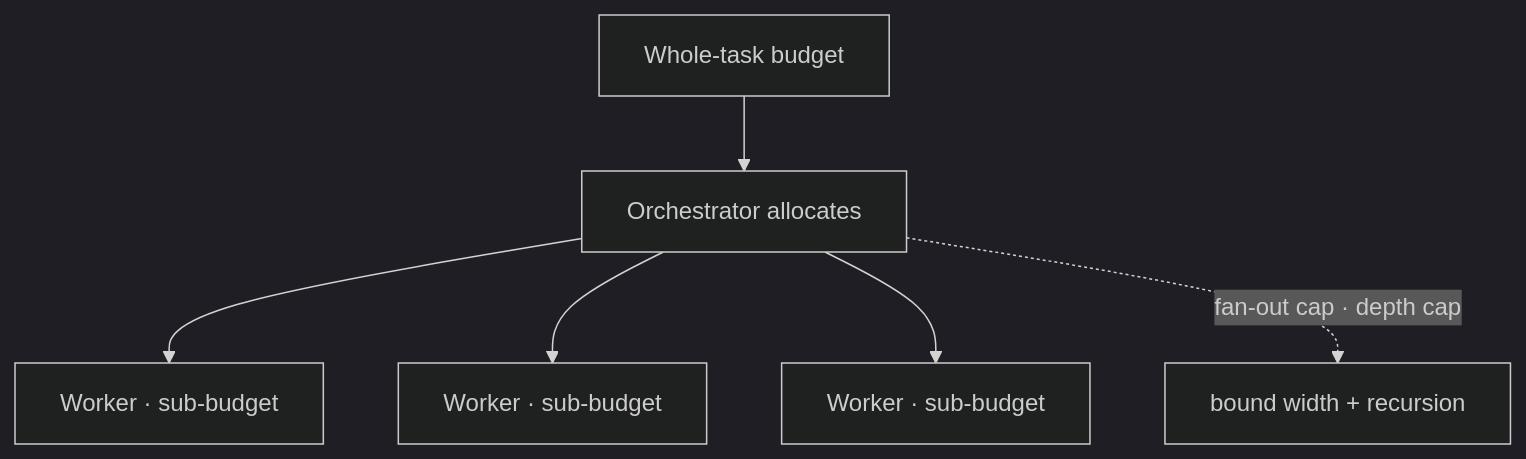
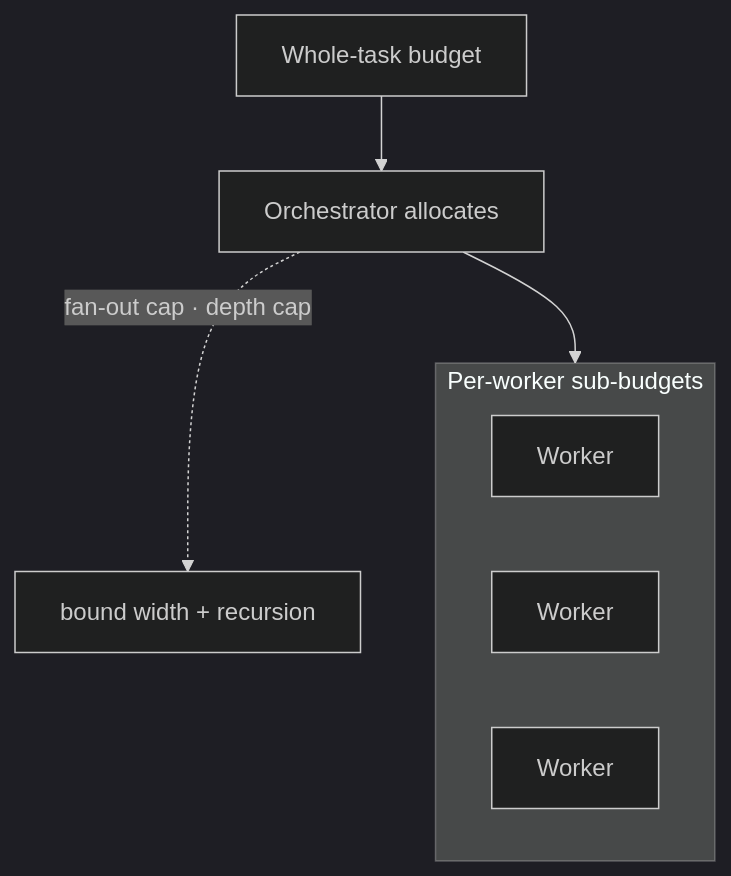
One commit to NikolaiSachok/ai-engineering-handbook changed the third of 3 diagrams in docs/part-2-agents/multi-agent/deep-dive.md. Above: the diagram before and after it, drawn with Mermaid (dark theme). The commit also changed other lines of this file and 75 other files, not shown here.

First line of the commit message:
fix(diagrams): re-author wide diagrams, and measure the three locales the gate never saw (#441)

````diff
--- a/docs/part-2-agents/multi-agent/deep-dive.md
+++ b/docs/part-2-agents/multi-agent/deep-dive.md
@@ -104,8 +104,12 @@
 ```mermaid
 flowchart TD
     Total["Whole-task budget"] --> Orch["Orchestrator allocates"]
-    Orch --> W1["Worker · sub-budget"]
-    Orch --> W2["Worker · sub-budget"]
-    Orch --> W3["Worker · sub-budget"]
+    Orch --> Workers
+    subgraph Workers["Per-worker sub-budgets"]
+        direction LR
+        W1["Worker"]
+        W2["Worker"]
+        W3["Worker"]
+    end
     Orch -. "fan-out cap · depth cap" .-> Lim["bound width + recursion"]
 ```
````
